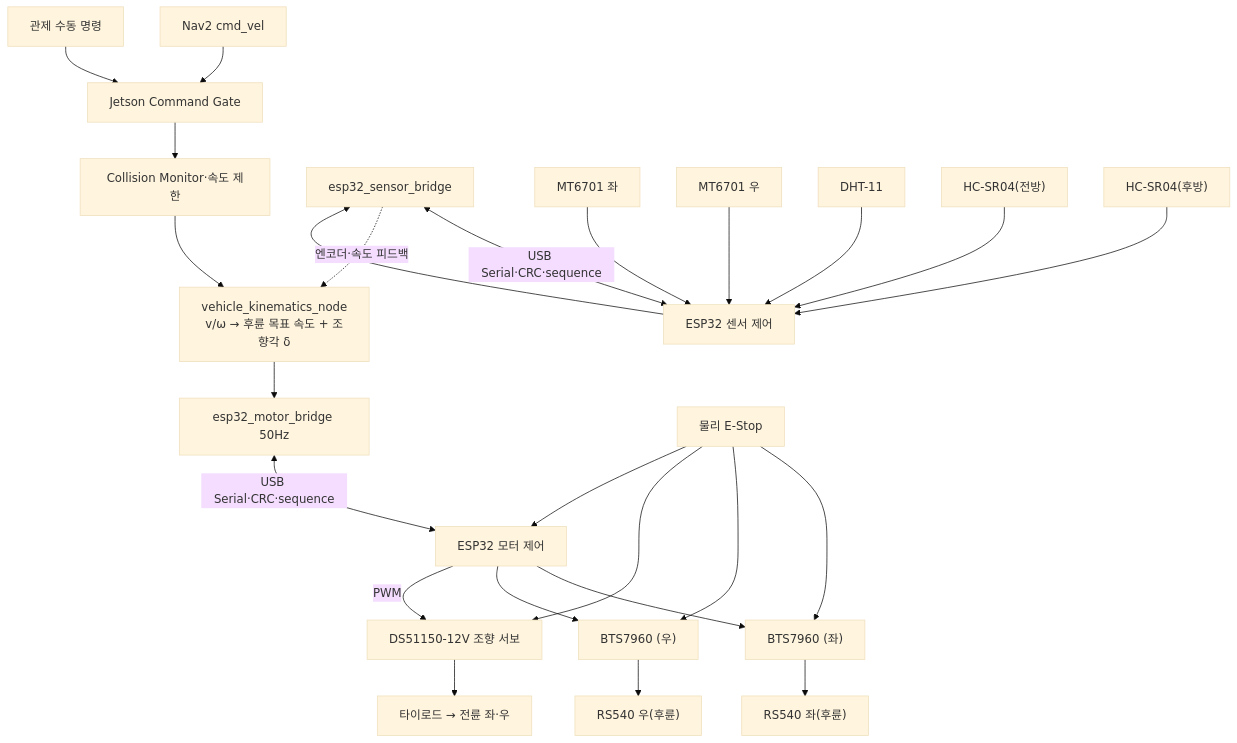
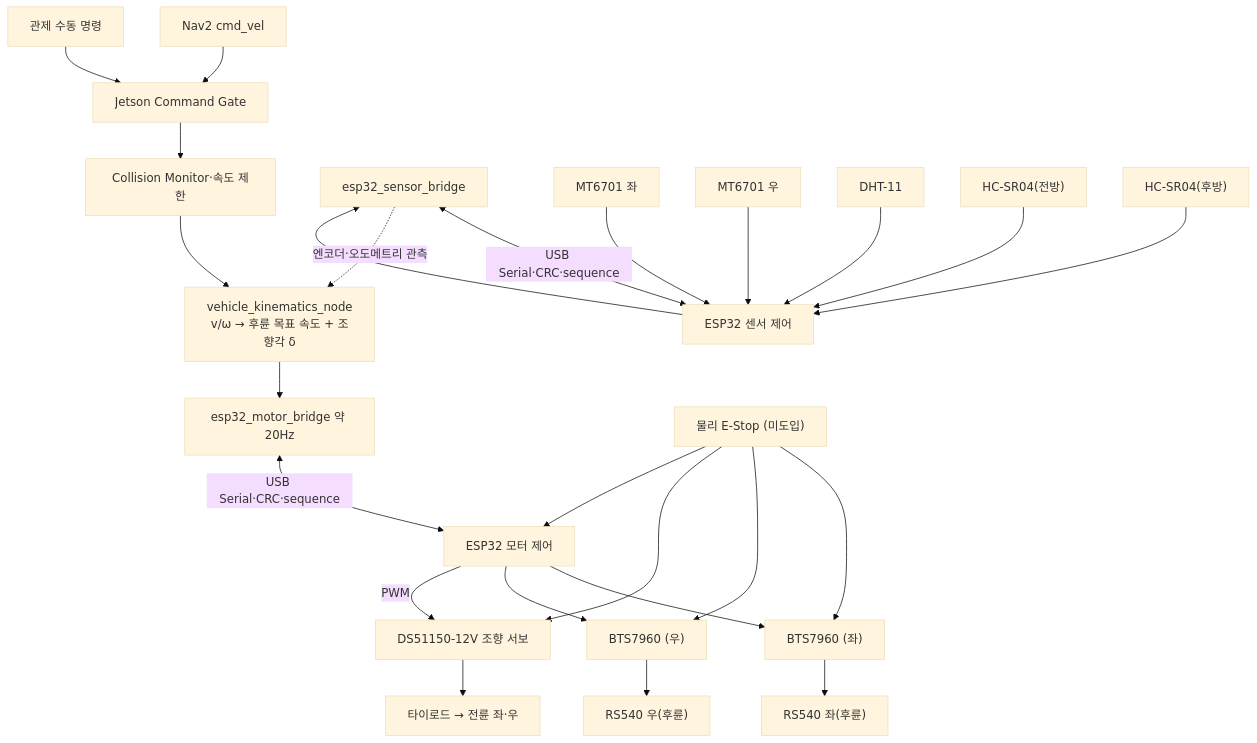
Before and after one commit to Common-AIOT/Sentinel-UGV: the diagram in docs/03-제어-캘리브레이션.md, drawn with Mermaid (base theme). The commit also changed other lines of this file and 18 other files, not shown here.

````diff
--- a/docs/03-제어-캘리브레이션.md
+++ b/docs/03-제어-캘리브레이션.md
@@ -9,27 +9,27 @@
 ```mermaid
 flowchart TD
     nav["Nav2 cmd_vel"] --> mux["Jetson Command Gate"]
     manual["관제 수동 명령"] --> mux
     mux --> collision["Collision Monitor·속도 제한"]
     collision --> kin["vehicle_kinematics_node\nv/ω → 후륜 목표 속도 + 조향각 δ"]
-    kin --> bridgeM["esp32_motor_bridge 50Hz"]
+    kin --> bridgeM["esp32_motor_bridge 약 20Hz"]
     bridgeM <-->|"USB Serial·CRC·sequence"| espM["ESP32 모터 제어"]
     espM --> driverL["BTS7960 (좌)"]
     espM --> driverR["BTS7960 (우)"]
     espM -->|"PWM"| servo["DS51150-12V 조향 서보"]
     driverL --> motorL["RS540 좌(후륜)"]
     driverR --> motorR["RS540 우(후륜)"]
     servo --> tierod["타이로드 → 전륜 좌·우"]
     bridgeS["esp32_sensor_bridge"] <-->|"USB Serial·CRC·sequence"| espS["ESP32 센서 제어"]
     encL["MT6701 좌"] --> espS
     encR["MT6701 우"] --> espS
     dht["DHT-11"] --> espS
     sonarF["HC-SR04(전방)"] --> espS
     sonarR["HC-SR04(후방)"] --> espS
     espS --> bridgeS
-    bridgeS -.엔코더·속도 피드백.-> kin
-    estop["물리 E-Stop"] --> driverL
+    bridgeS -.엔코더·오도메트리 관측.-> kin
+    estop["물리 E-Stop (미도입)"] --> driverL
     estop --> driverR
     estop --> servo
     estop --> espM
 ```
````
